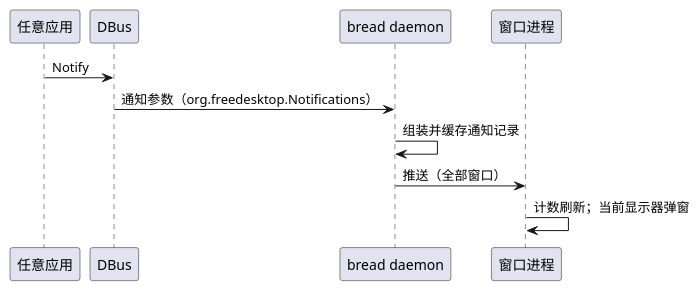
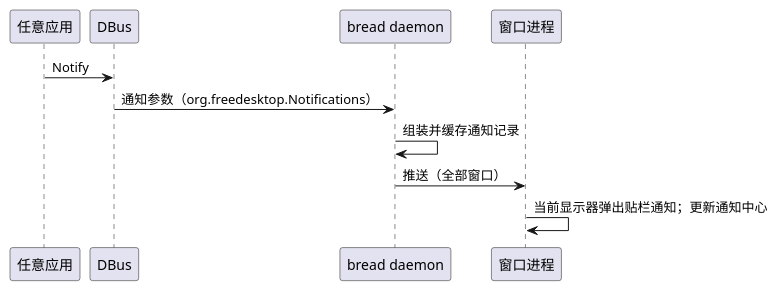
The diagram in diagram/breadknife-notification.puml (54m43lJ/BreadKnife), drawn with PlantUML before and after one commit. The commit also changed 3 other files, not shown here.

```diff
--- a/diagram/breadknife-notification.puml
+++ b/diagram/breadknife-notification.puml
@@ -1,12 +1,12 @@
 @startuml breadknife-notification
 participant "任意应用" as app
 participant DBus
 participant "bread daemon" as daemon
 participant "窗口进程" as win
 
 app -> DBus: Notify
 DBus -> daemon: 通知参数（org.freedesktop.Notifications）
 daemon -> daemon: 组装并缓存通知记录
 daemon -> win: 推送（全部窗口）
-win -> win: 计数刷新；当前显示器弹窗
+win -> win: 当前显示器弹出贴栏通知；更新通知中心
 @enduml
```
